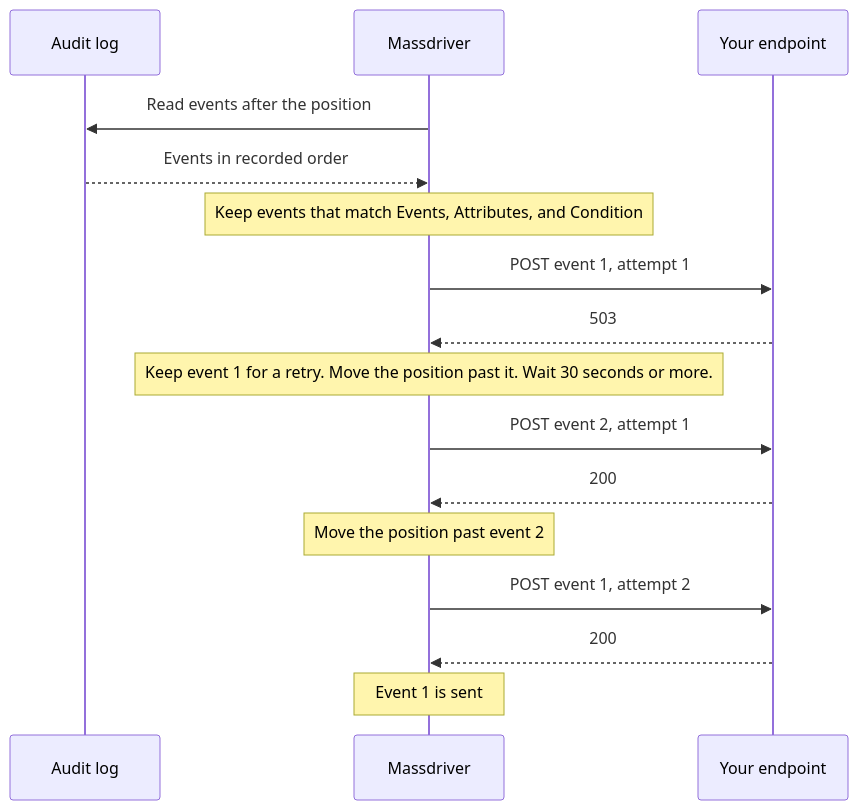
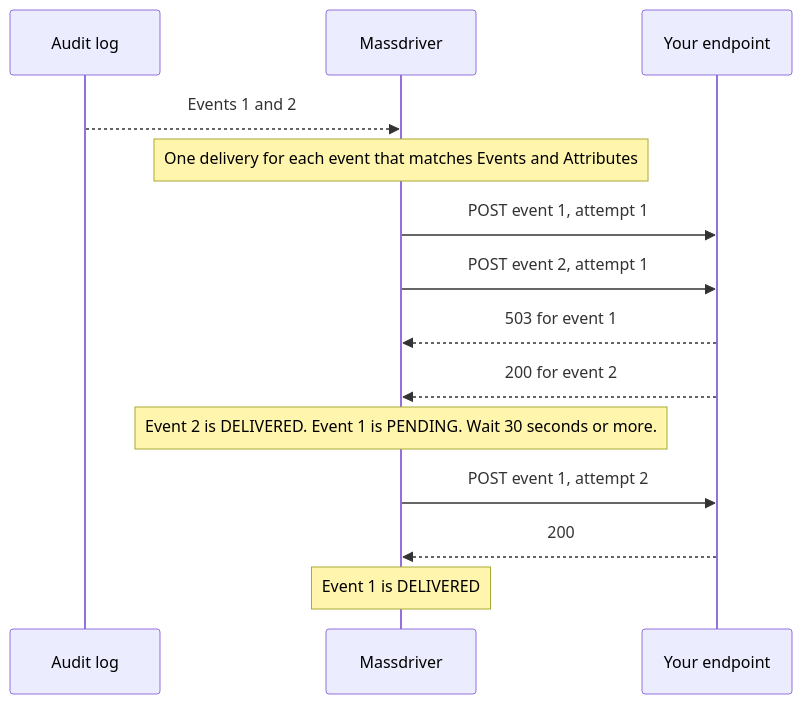
One commit to massdriver-cloud/docs changed the diagram in docs/platform-operations/03-event-destinations.md. Above: the diagram before and after it, drawn with Mermaid. The commit also changed other lines of this file, not shown here.

Commit message:
Describe deliveries as a history sent in any order

````diff
--- a/docs/platform-operations/03-event-destinations.md
+++ b/docs/platform-operations/03-event-destinations.md
@@ -120,18 +116,16 @@
 ```mermaid
 sequenceDiagram
     participant AL as Audit log
     participant MD as Massdriver
     participant EP as Your endpoint
-    MD->>AL: Read events after the position
-    AL-->>MD: Events in recorded order
-    Note over MD: Keep events that match Events, Attributes, and Condition
+    AL-->>MD: Events 1 and 2
+    Note over MD: One delivery for each event that matches Events and Attributes
     MD->>EP: POST event 1, attempt 1
-    EP-->>MD: 503
-    Note over MD: Keep event 1 for a retry. Move the position past it. Wait 30 seconds or more.
     MD->>EP: POST event 2, attempt 1
-    EP-->>MD: 200
-    Note over MD: Move the position past event 2
+    EP-->>MD: 503 for event 1
+    EP-->>MD: 200 for event 2
+    Note over MD: Event 2 is DELIVERED. Event 1 is PENDING. Wait 30 seconds or more.
     MD->>EP: POST event 1, attempt 2
     EP-->>MD: 200
-    Note over MD: Event 1 is sent
+    Note over MD: Event 1 is DELIVERED
 ```
````
